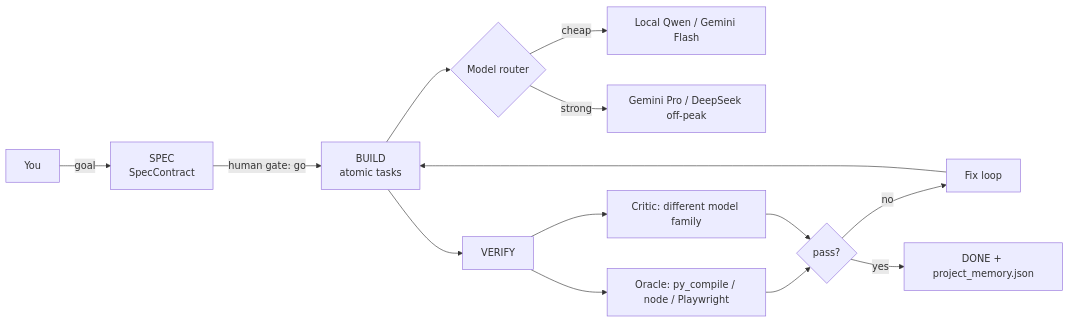
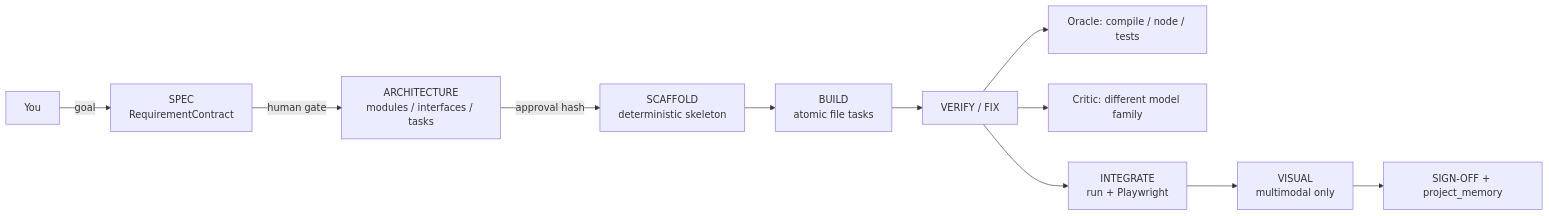
One commit to miguelserra/crew-tui changed the diagram in README.md. Above: the diagram before and after it, drawn with Mermaid. The commit also changed other lines of this file and 14 other files, not shown here.

````diff
--- a/README.md
+++ b/README.md
@@ -27,15 +27,13 @@
 ```mermaid
 flowchart LR
-    U[You] -->|goal| S[SPEC<br/>SpecContract]
-    S -->|human gate: go| B[BUILD<br/>atomic tasks]
-    B --> R{Model router}
-    R -->|cheap| L[Local Qwen / Gemini Flash]
-    R -->|strong| P[Gemini Pro / DeepSeek off-peak]
-    B --> V[VERIFY]
-    V --> O[Oracle: py_compile / node / Playwright]
+    U[You] -->|goal| S[SPEC<br/>RequirementContract]
+    S -->|human gate| A[ARCHITECTURE<br/>modules / interfaces / tasks]
+    A -->|approval hash| SC[SCAFFOLD<br/>deterministic skeleton]
+    SC --> B[BUILD<br/>atomic file tasks]
+    B --> V[VERIFY / FIX]
+    V --> O[Oracle: compile / node / tests]
     V --> C[Critic: different model family]
-    O --> D{pass?}
-    C --> D
-    D -->|no| F[Fix loop] --> B
-    D -->|yes| G[DONE + project_memory.json]
+    V --> I[INTEGRATE<br/>run + Playwright]
+    I --> VI[VISUAL<br/>multimodal only]
+    VI --> SG[SIGN-OFF + project_memory]
 ```
````
